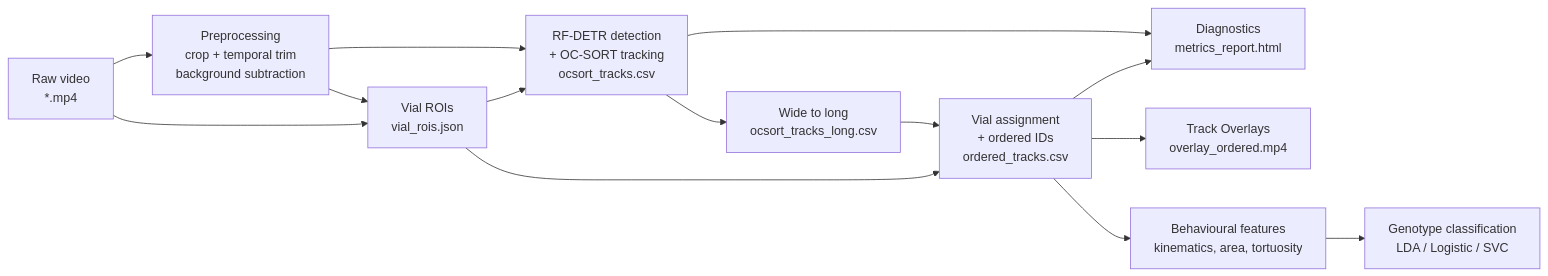
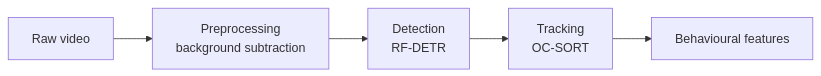
The diagram in README.md (emmavrignaud/superfly), drawn with Mermaid before and after one commit. The commit also changed other lines of this file and 4 other files, not shown here.

````diff
--- a/README.md
+++ b/README.md
@@ -11,16 +10,7 @@
 ```mermaid
 flowchart LR
-    A[Raw video<br/>*.mp4] --> B[Preprocessing<br/>crop + temporal trim<br/>background subtraction]
-    B --> C[Vial ROIs<br/>vial_rois.json]
-    A --> C
-    B --> D[RF-DETR detection<br/>+ OC-SORT tracking<br/>ocsort_tracks.csv]
-    C --> D
-    D --> E[Wide to long<br/>ocsort_tracks_long.csv]
-    E --> F[Vial assignment<br/>+ ordered IDs<br/>ordered_tracks.csv]
-    C --> F
-    D --> G[Diagnostics<br/>metrics_report.html]
-    F --> G
-    F --> H[Track Overlays<br/>overlay_ordered.mp4]
-    F --> I[Behavioural features<br/>kinematics, area, tortuosity]
-    I --> J[Genotype classification<br/>LDA / Logistic / SVC]
+    A[Raw video] --> B[Preprocessing<br/>background subtraction]
+    B --> C[Detection<br/>RF-DETR]
+    C --> D[Tracking<br/>OC-SORT]
+    D --> E[Behavioural features]
 ```
````
